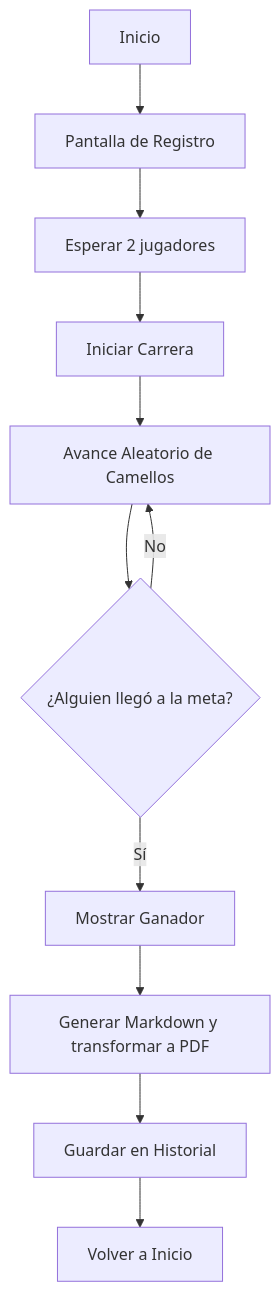
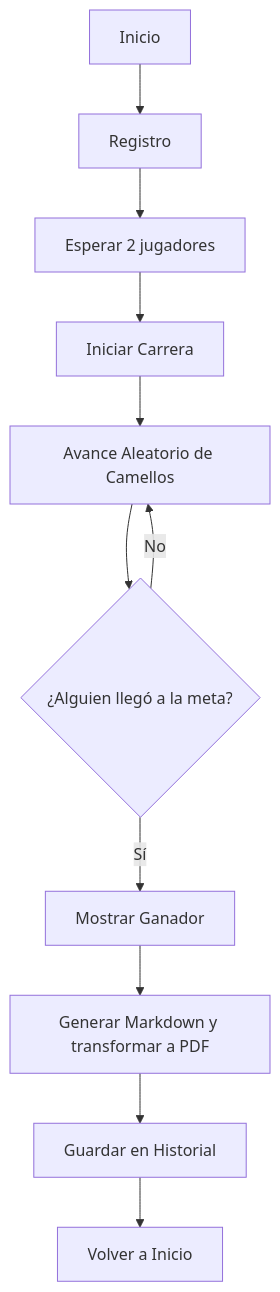
The diagram in README.md (liuDam1/PSP_FeriaCarreraCaballos), drawn with Mermaid before and after one commit. The commit also changed other lines of this file, not shown here.

````diff
--- a/README.md
+++ b/README.md
@@ -92,13 +92,13 @@
 ```mermaid
 graph TD
-    A[Inicio] --> B[Pantalla de Registro]
+    A[Inicio] --> B[Registro]
     B --> C[Esperar 2 jugadores]
     C --> D[Iniciar Carrera]
     D --> E[Avance Aleatorio de Camellos]
     E --> F{¿Alguien llegó a la meta?}
     F -- Sí --> G[Mostrar Ganador]
     G --> H[Generar Markdown y transformar a PDF]
     F -- No --> E
     H --> I[Guardar en Historial]
     I --> J[Volver a Inicio]
 ```
````
